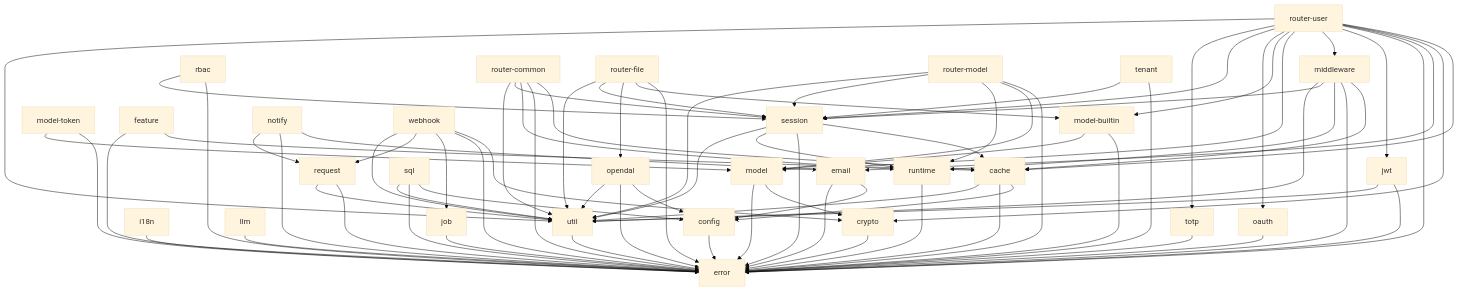
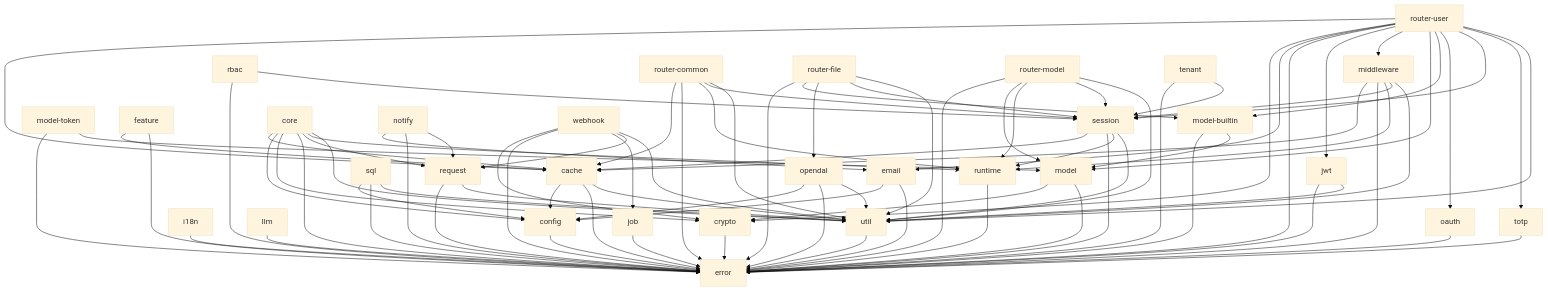
One commit to vicanso/tibba changed the diagram in docs/modules.md. Above: the diagram before and after it, drawn with Mermaid (base theme). The commit also changed 20 other files, not shown here.

```diff
--- a/docs/modules.md
+++ b/docs/modules.md
@@ -68,6 +68,14 @@
     session --> runtime
     session --> util
 
+    core --> cache
+    core --> config
+    core --> crypto
+    core --> error
+    core --> request
+    core --> runtime
+    core --> util
+
     notify --> email
     notify --> error
     notify --> request
```
